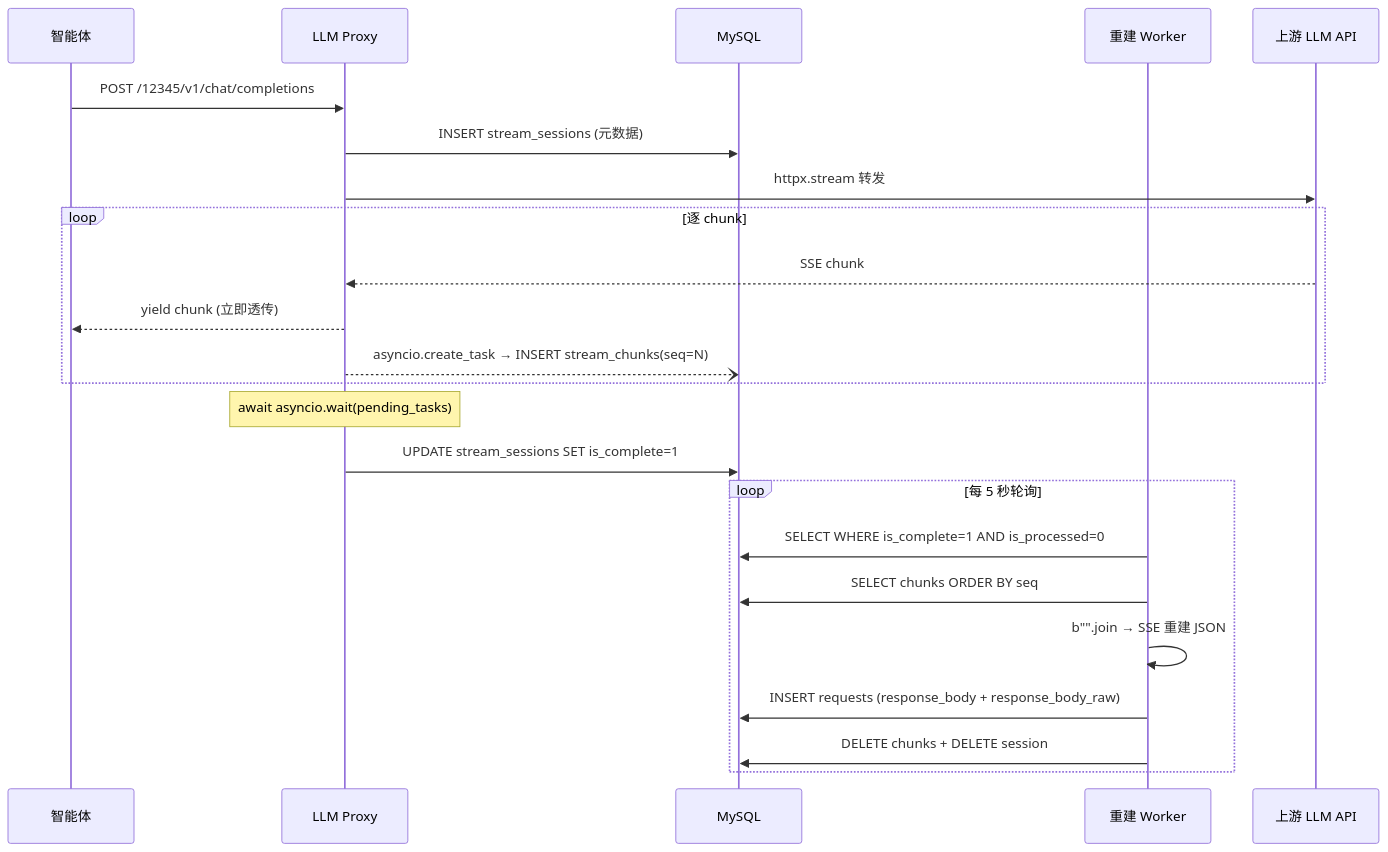
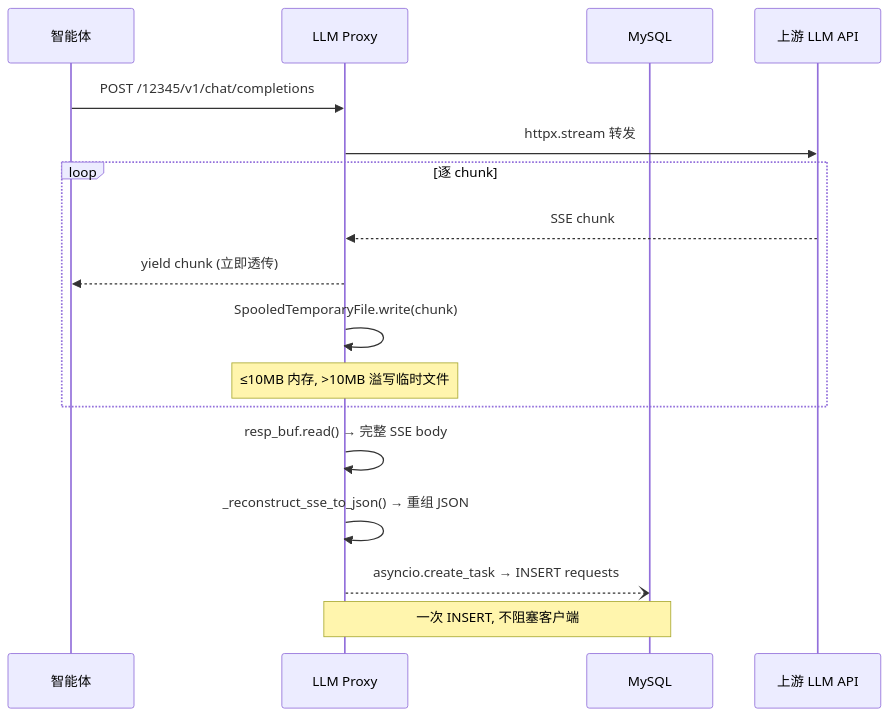
The fifth of 9 diagrams in README.md (HaoCheng-Wang/llm-proxy), drawn with Mermaid before and after one commit. The commit also changed other lines of this file and 10 other files, not shown here.

````diff
--- a/README.md
+++ b/README.md
@@ -137,29 +137,22 @@
 ```mermaid
 sequenceDiagram
     participant C as 智能体
     participant P as LLM Proxy
     participant D as MySQL
-    participant W as 重建 Worker
     participant U as 上游 LLM API
 
     C->>P: POST /12345/v1/chat/completions
-    P->>D: INSERT stream_sessions (元数据)
     P->>U: httpx.stream 转发
 
     loop 逐 chunk
         U-->>P: SSE chunk
         P-->>C: yield chunk (立即透传)
-        P--)D: asyncio.create_task → INSERT stream_chunks(seq=N)
+        P->>P: SpooledTemporaryFile.write(chunk)
+        Note over P: ≤10MB 内存, >10MB 溢写临时文件
     end
 
-    Note over P: await asyncio.wait(pending_tasks)
-    P->>D: UPDATE stream_sessions SET is_complete=1
-
-    loop 每 5 秒轮询
-        W->>D: SELECT WHERE is_complete=1 AND is_processed=0
-        W->>D: SELECT chunks ORDER BY seq
-        W->>W: b"".join → SSE 重建 JSON
-        W->>D: INSERT requests (response_body + response_body_raw)
-        W->>D: DELETE chunks + DELETE session
-    end
+    P->>P: resp_buf.read() → 完整 SSE body
+    P->>P: _reconstruct_sse_to_json() → 重组 JSON
+    P--)D: asyncio.create_task → INSERT requests
+    Note over P,D: 一次 INSERT, 不阻塞客户端
 ```
````
